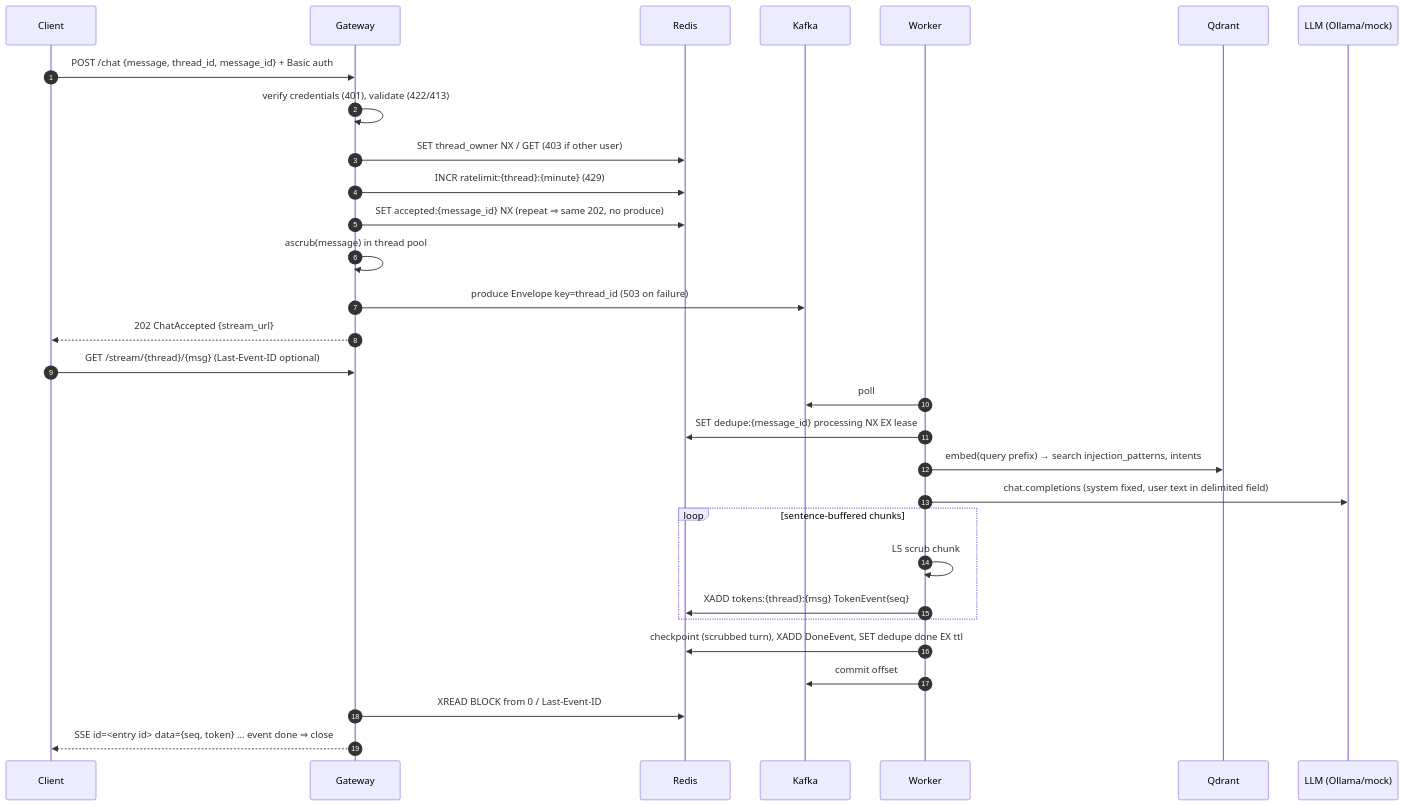
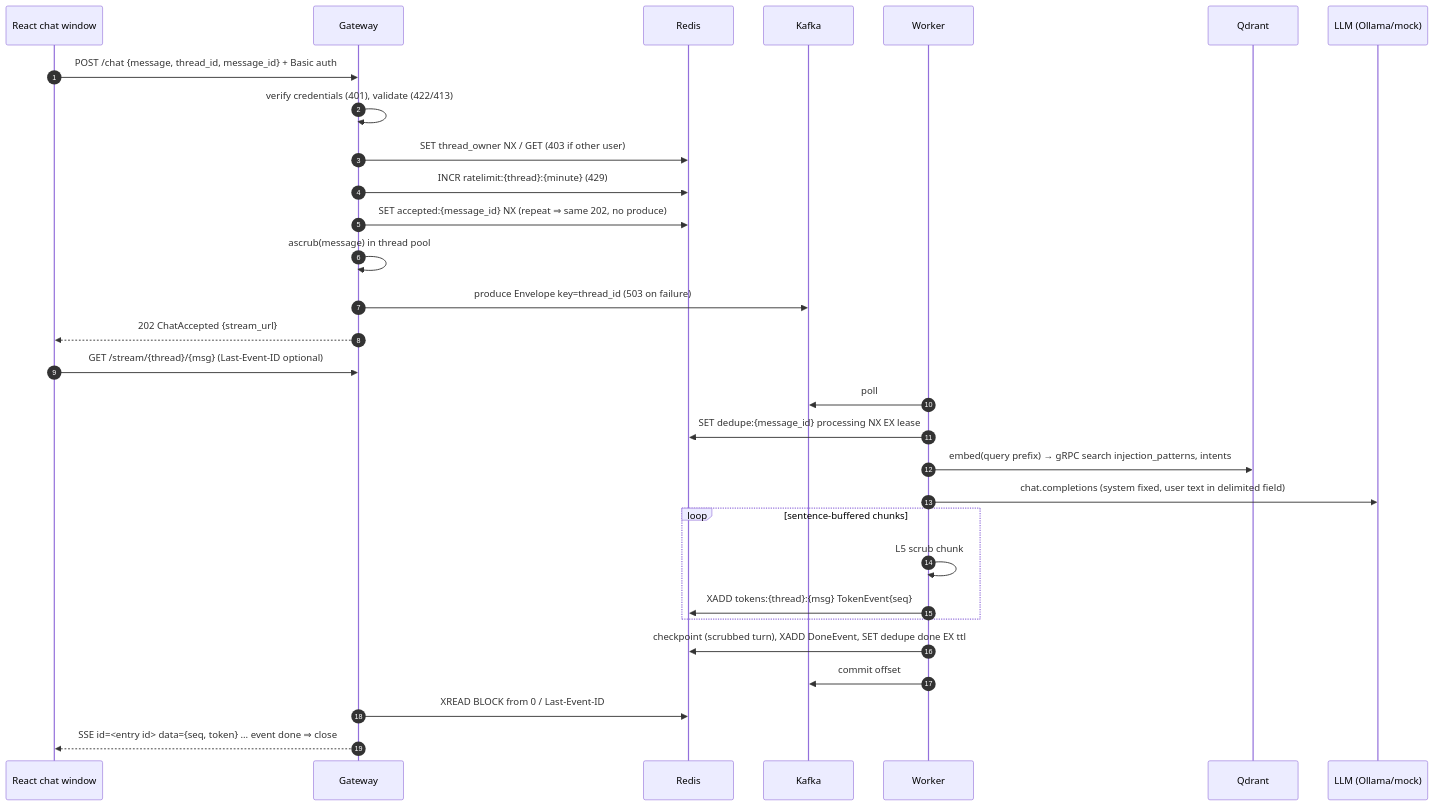
The first of 5 diagrams in docs/architecture/LLD.md (jayakumar-devaraj/enterprise-agentic-event-driven-chatbot), drawn with Mermaid before and after one commit. The commit also changed other lines of this file and 4 other files, not shown here.

Commit message:
Document React chat window and Qdrant gRPC transport in HLD and LLD

````diff
--- a/docs/architecture/LLD.md
+++ b/docs/architecture/LLD.md
@@ -30,32 +34,32 @@
 ```mermaid
 sequenceDiagram
   autonumber
-  participant C as Client
+  participant C as React chat window
   participant G as Gateway
   participant R as Redis
   participant K as Kafka
   participant W as Worker
   participant Q as Qdrant
   participant L as LLM (Ollama/mock)
   C->>G: POST /chat {message, thread_id, message_id} + Basic auth
   G->>G: verify credentials (401), validate (422/413)
   G->>R: SET thread_owner NX / GET (403 if other user)
   G->>R: INCR ratelimit:{thread}:{minute} (429)
   G->>R: SET accepted:{message_id} NX (repeat ⇒ same 202, no produce)
   G->>G: ascrub(message) in thread pool
   G->>K: produce Envelope key=thread_id (503 on failure)
   G-->>C: 202 ChatAccepted {stream_url}
   C->>G: GET /stream/{thread}/{msg} (Last-Event-ID optional)
   W->>K: poll
   W->>R: SET dedupe:{message_id} processing NX EX lease
-  W->>Q: embed(query prefix) → search injection_patterns, intents
+  W->>Q: embed(query prefix) → gRPC search injection_patterns, intents
   W->>L: chat.completions (system fixed, user text in delimited field)
   loop sentence-buffered chunks
     W->>W: L5 scrub chunk
     W->>R: XADD tokens:{thread}:{msg} TokenEvent{seq}
   end
   W->>R: checkpoint (scrubbed turn), XADD DoneEvent, SET dedupe done EX ttl
   W->>K: commit offset
   G->>R: XREAD BLOCK from 0 / Last-Event-ID
   G-->>C: SSE id=<entry id> data={seq, token} … event done ⇒ close
 ```
````
